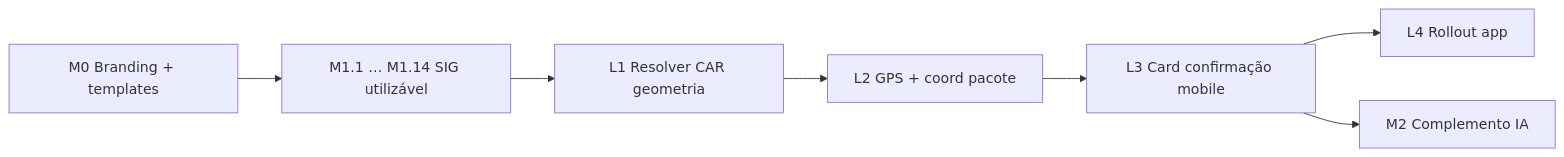
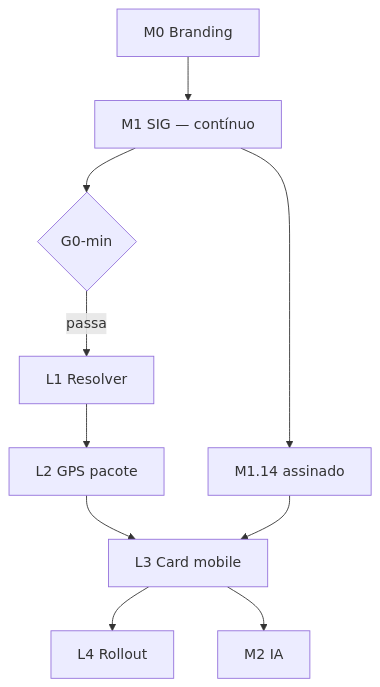
One commit to olimpiossdx/AmbientaR changed the first of 2 diagrams in docs/analise-ambiental-automatizada/PLANO-LOCALIZADOR-CAR-GPS-SOCIOAMBIENTAL.md. Above: the diagram before and after it, drawn with Mermaid. The commit also changed other lines of this file and 3 other files, not shown here.

````diff
--- a/docs/analise-ambiental-automatizada/PLANO-LOCALIZADOR-CAR-GPS-SOCIOAMBIENTAL.md
+++ b/docs/analise-ambiental-automatizada/PLANO-LOCALIZADOR-CAR-GPS-SOCIOAMBIENTAL.md
@@ -34,17 +38,22 @@
 ```mermaid
-flowchart LR
-  M0[M0 Branding + templates]
-  M1[M1.1 … M1.14 SIG utilizável]
-  L1[L1 Resolver CAR geometria]
-  L2[L2 GPS + coord pacote]
-  L3[L3 Card confirmação mobile]
-  L4[L4 Rollout app]
-  M2[M2 Complemento IA]
+flowchart TB
+  M0[M0 Branding]
+  M1[M1 SIG — contínuo]
+  G0{G0-min}
+  L1[L1 Resolver]
+  L2[L2 GPS pacote]
+  M1full[M1.14 assinado]
+  L3[L3 Card mobile]
+  L4[L4 Rollout]
+  M2[M2 IA]
 
   M0 --> M1
-  M1 --> L1
+  M1 --> G0
+  G0 -->|passa| L1
   L1 --> L2
   L2 --> L3
+  M1 --> M1full
+  M1full --> L3
   L3 --> L4
   L3 --> M2
 ```
````
